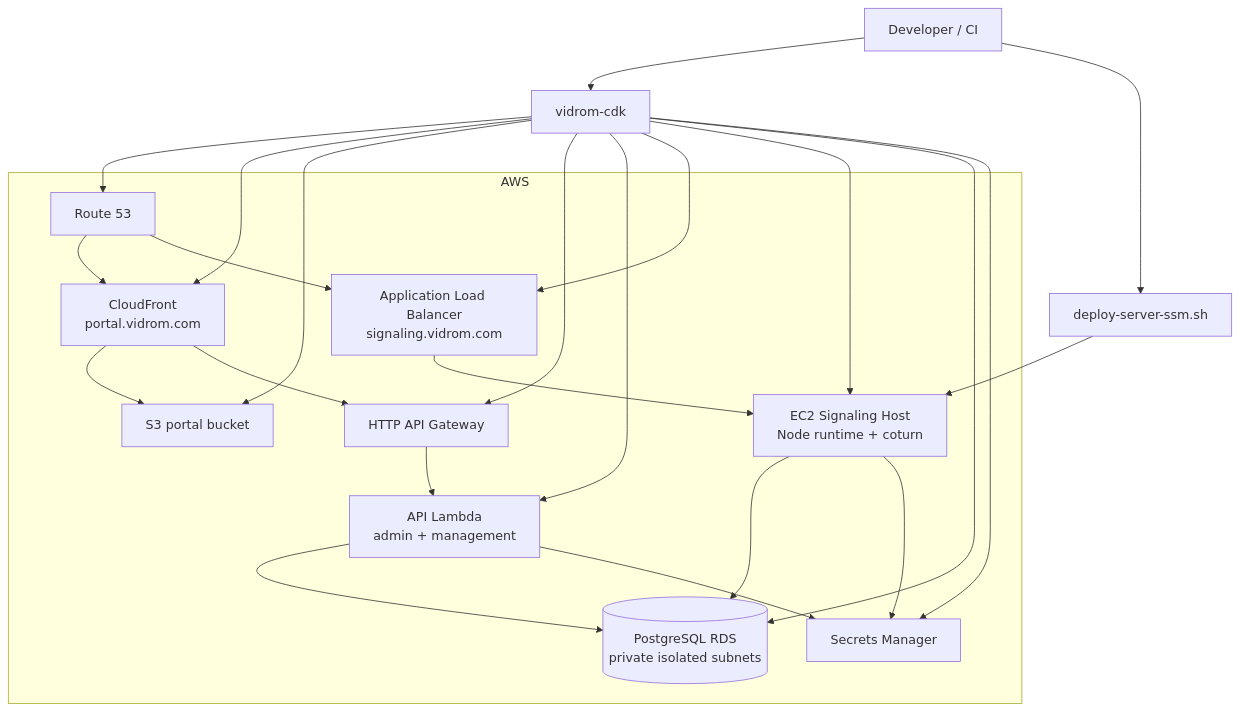
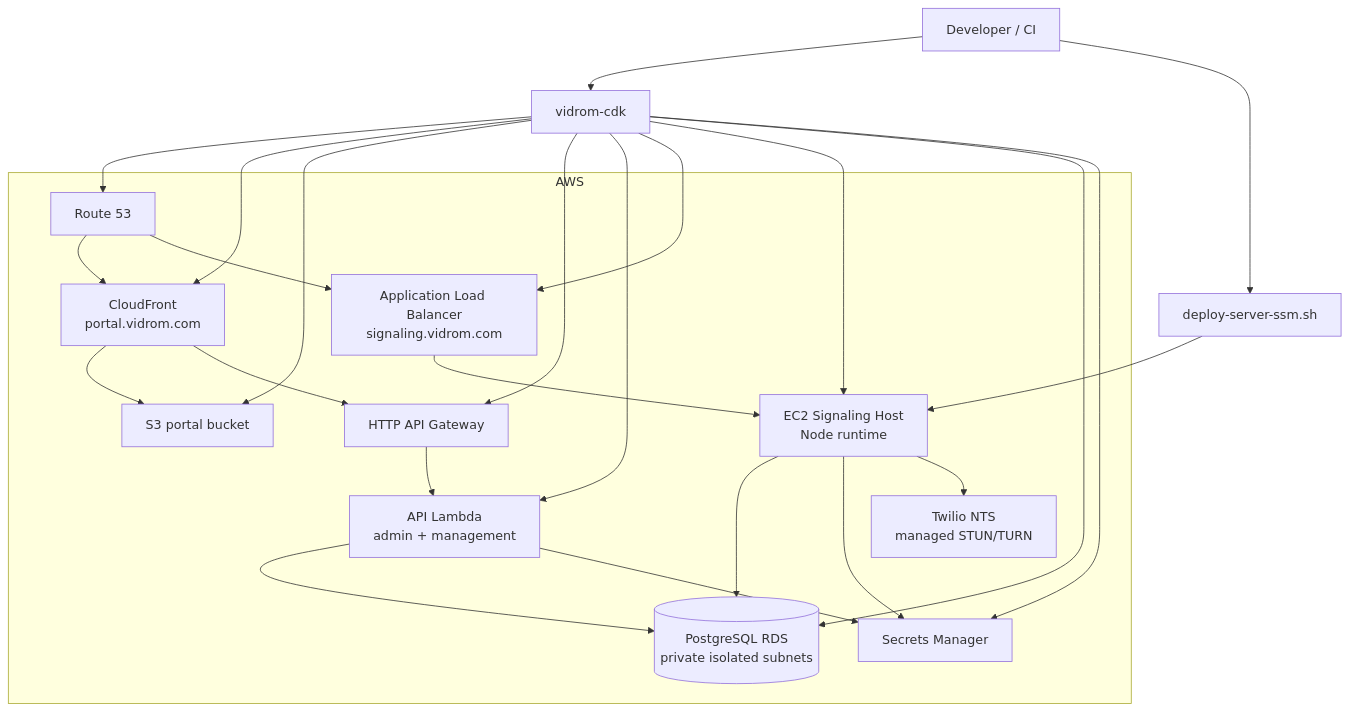
The diagram in diagrams/08-aws-deployment-topology.md (vidrom/vidrom-ai-design), drawn with Mermaid before and after one commit. The commit also changed other lines of this file and 9 other files, not shown here.

````diff
--- a/diagrams/08-aws-deployment-topology.md
+++ b/diagrams/08-aws-deployment-topology.md
@@ -3,41 +3,43 @@
 ```mermaid
 flowchart TB
     Dev[Developer / CI] --> CDK[vidrom-cdk]
     Dev --> DeploySSM[deploy-server-ssm.sh]
 
     subgraph AWS
         Route53[Route 53]
         CF[CloudFront\nportal.vidrom.com]
         S3[S3 portal bucket]
         ApiGw[HTTP API Gateway]
         Lambda[API Lambda\nadmin + management]
 
         ALB[Application Load Balancer\nsignaling.vidrom.com]
-        EC2[EC2 Signaling Host\nNode runtime + coturn]
+        EC2[EC2 Signaling Host\nNode runtime]
         RDS[(PostgreSQL RDS\nprivate isolated subnets)]
         Secrets[Secrets Manager]
+        Twilio[Twilio NTS\nmanaged STUN/TURN]
     end
 
     CDK --> Route53
     CDK --> CF
     CDK --> S3
     CDK --> ApiGw
     CDK --> Lambda
     CDK --> ALB
     CDK --> EC2
     CDK --> RDS
     CDK --> Secrets
 
     DeploySSM --> EC2
 
     Route53 --> CF
     Route53 --> ALB
     CF --> S3
     CF --> ApiGw
     ApiGw --> Lambda
     Lambda --> RDS
     ALB --> EC2
     EC2 --> RDS
     EC2 --> Secrets
+    EC2 --> Twilio
     Lambda --> Secrets
 ```
````
